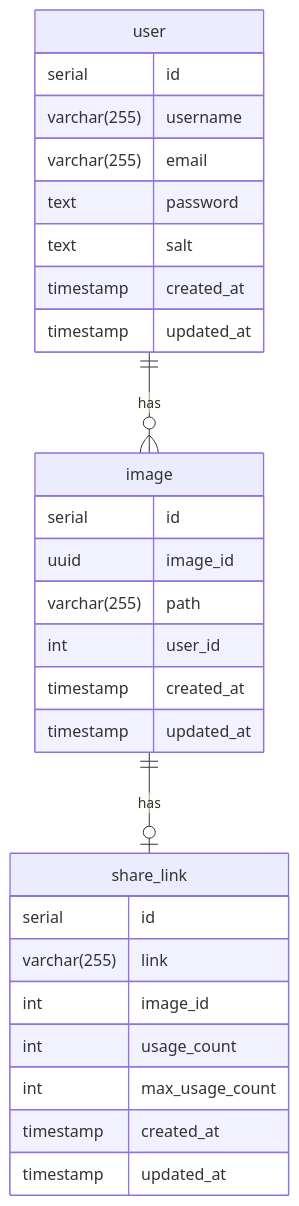
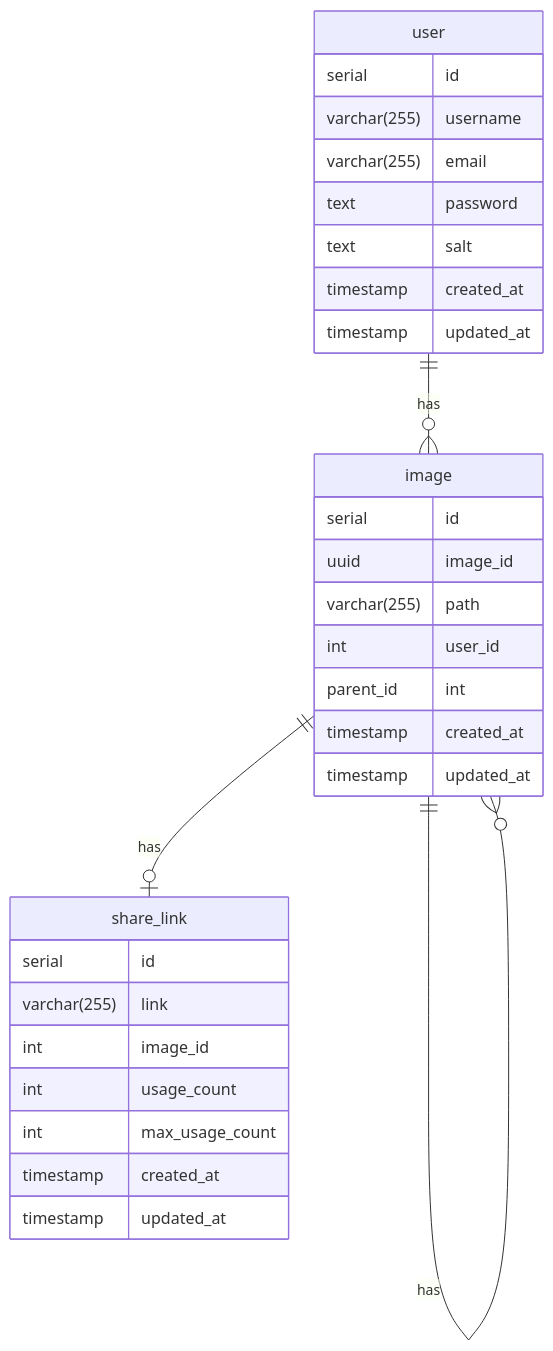
Before and after one commit to MateuxDotDev/tiny-img: the diagram in database/README.md, drawn with Mermaid. The commit also changed 44 other files, not shown here.

````diff
--- a/database/README.md
+++ b/database/README.md
@@ -21,31 +21,33 @@
 ```mermaid
 erDiagram
     user {
         serial id
         varchar(255) username
         varchar(255) email
         text password
         text salt
         timestamp created_at
         timestamp updated_at
     }
     image {
         serial id
         uuid image_id
         varchar(255) path
         int user_id
+        parent_id int
         timestamp created_at
         timestamp updated_at
     }
+    image ||--o{ image: "has"
     user ||--o{ image : "has"
     share_link {
         serial id
         varchar(255) link
         int image_id
         int usage_count
         int max_usage_count
         timestamp created_at
         timestamp updated_at
     }
     image ||--o| share_link : "has"
 ```
````
